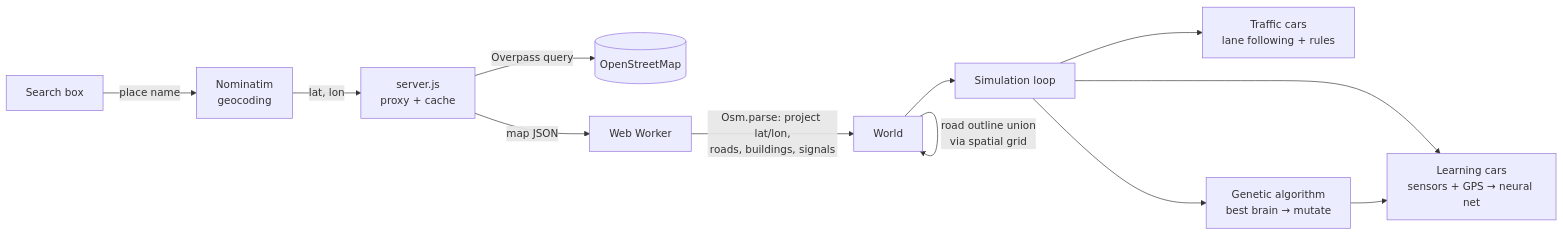
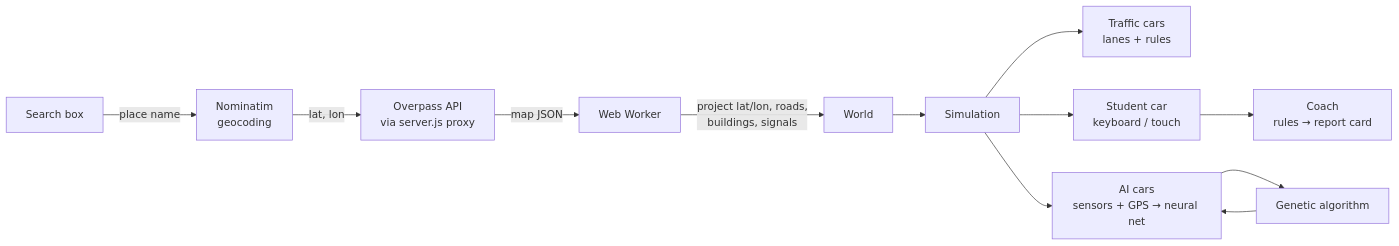
Before and after one commit to coltonmartinn/self-driving-car: the diagram in README.md, drawn with Mermaid. The commit also changed other lines of this file, not shown here.

````diff
--- a/README.md
+++ b/README.md
@@ -38,14 +89,14 @@
 ```mermaid
 flowchart LR
     A[Search box] -->|place name| B[Nominatim<br/>geocoding]
-    B -->|lat, lon| C[server.js<br/>proxy + cache]
-    C -->|Overpass query| D[(OpenStreetMap)]
+    B -->|lat, lon| C[Overpass API<br/>via server.js proxy]
     C -->|map JSON| E[Web Worker]
-    E -->|Osm.parse: project lat/lon,<br/>roads, buildings, signals| F[World]
-    F -->|road outline union<br/>via spatial grid| F
-    F --> G[Simulation loop]
-    G --> H[Learning cars<br/>sensors + GPS → neural net]
-    G --> I[Traffic cars<br/>lane following + rules]
-    G --> J[Genetic algorithm<br/>best brain → mutate]
+    E -->|project lat/lon, roads,<br/>buildings, signals| F[World]
+    F --> G[Simulation]
+    G --> I[Traffic cars<br/>lanes + rules]
+    G --> S[Student car<br/>keyboard / touch]
+    S --> K[Coach<br/>rules → report card]
+    G --> H[AI cars<br/>sensors + GPS → neural net]
+    H --> J[Genetic algorithm]
     J --> H
 ```
````
